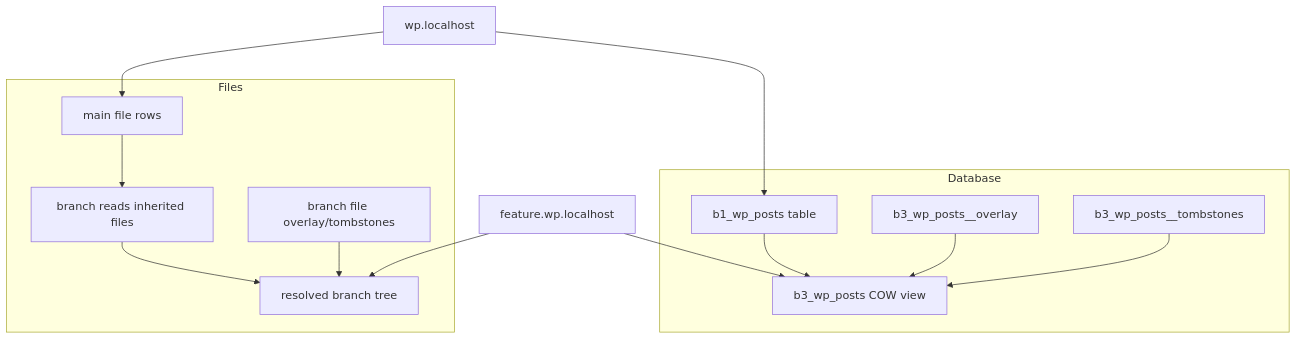
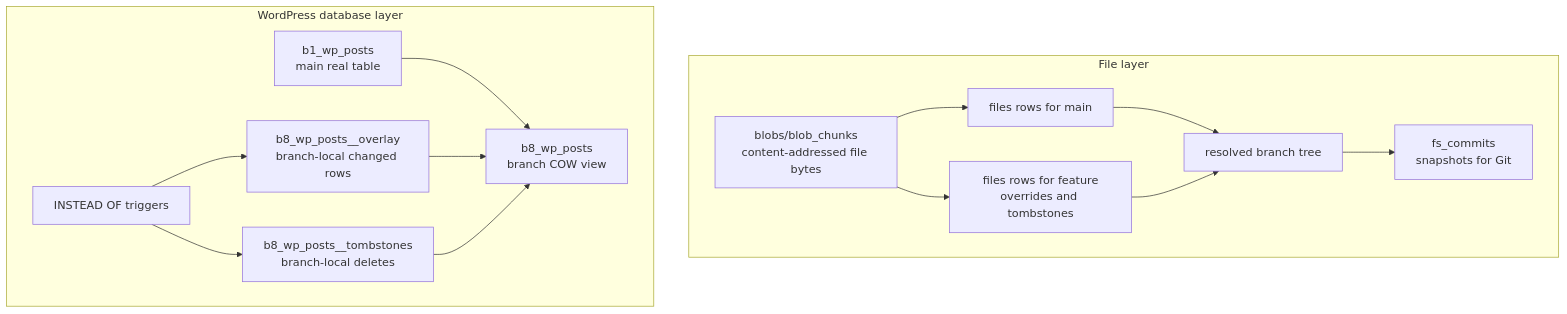
One commit to Automattic/forkpress changed the fourth of 5 diagrams in README.md. Above: the diagram before and after it, drawn with Mermaid. The commit also changed other lines of this file, not shown here.

Commit message:
Expand README architecture overview

````diff
--- a/README.md
+++ b/README.md
@@ -155,19 +311,28 @@
 ```mermaid
 flowchart TB
-    subgraph Files
-        mainFiles[main file rows] --> branchRead[branch reads inherited files]
-        branchOverlay[branch file overlay/tombstones] --> branchTree[resolved branch tree]
-        branchRead --> branchTree
+    subgraph FileLayer["File layer"]
+        blobs[blobs/blob_chunks<br/>content-addressed file bytes]
+        mainFiles[files rows for main]
+        branchFiles[files rows for feature<br/>overrides and tombstones]
+        resolved[resolved branch tree]
+        commits[fs_commits<br/>snapshots for Git]
+        blobs --> mainFiles
+        blobs --> branchFiles
+        mainFiles --> resolved
+        branchFiles --> resolved
+        resolved --> commits
     end
 
-    subgraph Database
-        mainTable[b1_wp_posts table] --> cowView[b3_wp_posts COW view]
-        overlay[b3_wp_posts__overlay] --> cowView
-        tombstones[b3_wp_posts__tombstones] --> cowView
+    subgraph DbLayer["WordPress database layer"]
+        mainTable[b1_wp_posts<br/>main real table]
+        view[b8_wp_posts<br/>branch COW view]
+        overlay[b8_wp_posts__overlay<br/>branch-local changed rows]
+        tomb[b8_wp_posts__tombstones<br/>branch-local deletes]
+        trig[INSTEAD OF triggers]
+        mainTable --> view
+        overlay --> view
+        tomb --> view
+        trig --> overlay
+        trig --> tomb
     end
-
-    mainSite[wp.localhost] --> mainFiles
-    mainSite --> mainTable
-    branchSite[feature.wp.localhost] --> branchTree
-    branchSite --> cowView
 ```
````
